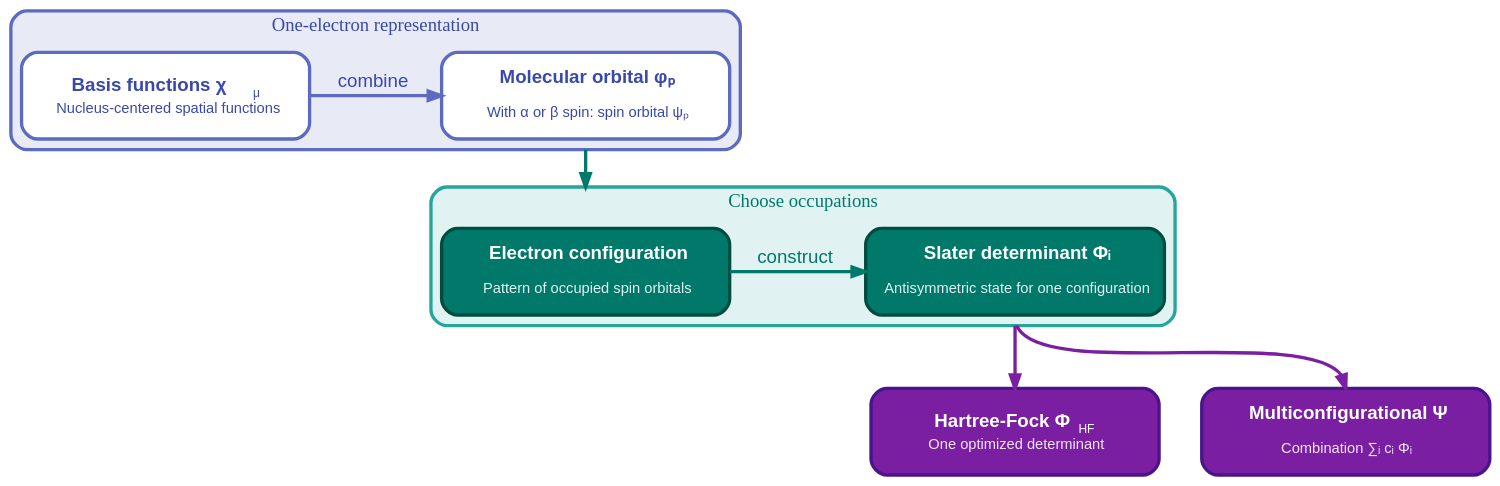
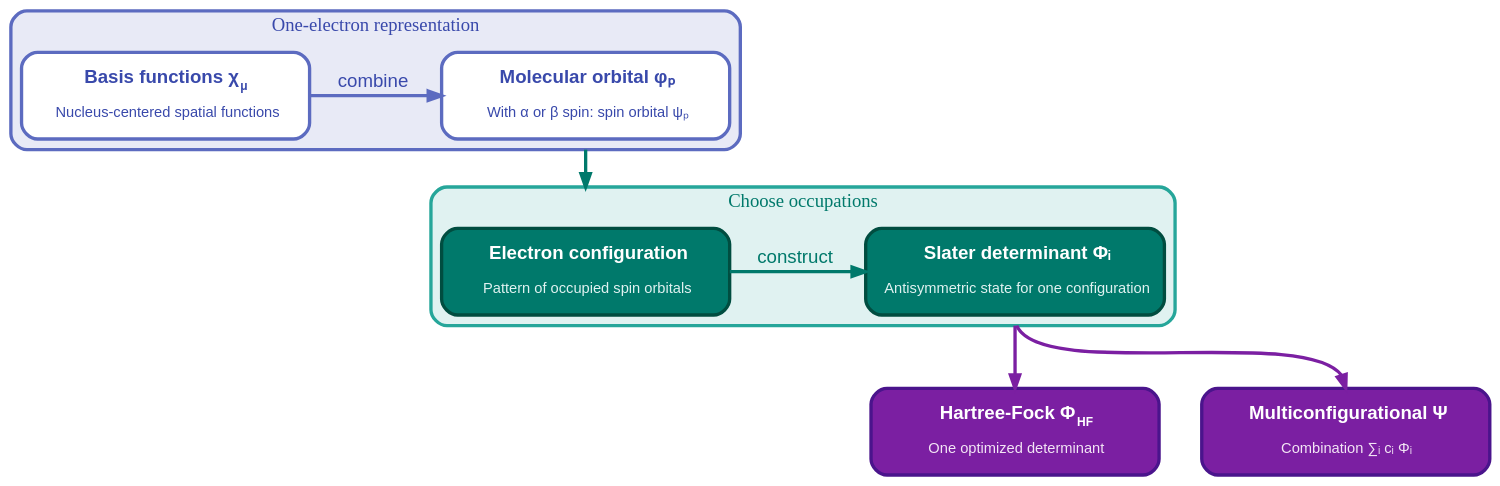
The diagram in docs/source/_static/diagrams/tutorial_qpe_wavefunction_hierarchy.dot (microsoft/qdk-chemistry), drawn with Graphviz before and after one commit. The commit also changed 1 other file, not shown here.

Commit message:
Preserve spaced Graphviz subscripts

```diff
--- a/docs/source/_static/diagrams/tutorial_qpe_wavefunction_hierarchy.dot
+++ b/docs/source/_static/diagrams/tutorial_qpe_wavefunction_hierarchy.dot
@@ -1,59 +1,59 @@
 digraph TutorialQpeWavefunctionHierarchy {
     rankdir=TB;
     ranksep=0.75;
     nodesep=0.45;
     newrank=true;
     compound=true;
     overlap=false;
     splines=spline;
     pad=0.2;
     bgcolor="transparent";
 
     node [shape=box, style="rounded,filled", fontname="Arial", width=3.0, height=0.9, margin="0.20,0.16"];
     edge [penwidth=2.5, arrowsize=1.0];
 
     subgraph cluster_one_electron {
         label="One-electron representation";
         style="filled,rounded";
         fillcolor="#E8EAF6";
         color="#5C6BC0";
         penwidth=2.5;
         fontsize=14;
         fontname="Arial Bold";
         fontcolor="#3949AB";
         rank=same;
 
-        Basis [label=<<TABLE BORDER="0" CELLBORDER="0" CELLSPACING="0" CELLPADDING="0"><TR><TD><B>Basis functions χ</B></TD><TD><FONT POINT-SIZE="9"><BR/>μ</FONT></TD></TR><TR><TD COLSPAN="2"><FONT POINT-SIZE="11">Nucleus-centered spatial functions</FONT></TD></TR></TABLE>>, fillcolor="#FFFFFF", color="#5C6BC0", penwidth=2.5, fontcolor="#3949AB", group=left];
+        Basis [label=<<B>Basis functions χ&#160;<SUB><FONT POINT-SIZE="9">μ</FONT></SUB></B><BR/><BR/><FONT POINT-SIZE="11">Nucleus-centered spatial functions</FONT>>, fillcolor="#FFFFFF", color="#5C6BC0", penwidth=2.5, fontcolor="#3949AB", group=left];
         MolecularOrbital [label=<<B>Molecular orbital φₚ</B><BR/><BR/><FONT POINT-SIZE="11">With α or β spin: spin orbital ψₚ</FONT>>, fillcolor="#FFFFFF", color="#5C6BC0", penwidth=2.5, fontcolor="#3949AB", group=right];
 
         Basis -> MolecularOrbital [label="  combine  ", color="#5C6BC0", fontname="Arial", fontcolor="#3949AB"];
     }
 
     subgraph cluster_configuration {
         label="Choose occupations";
         style="filled,rounded";
         fillcolor="#E0F2F1";
         color="#26A69A";
         penwidth=2.5;
         fontsize=14;
         fontname="Arial Bold";
         fontcolor="#00796B";
         rank=same;
 
         Configuration [label=<<B>Electron configuration</B><BR/><BR/><FONT POINT-SIZE="11" COLOR="#E0F2F1">Pattern of occupied spin orbitals</FONT>>, fillcolor="#00796B", color="#004D40", penwidth=2.5, fontcolor="#FFFFFF", group=right];
         Determinant [label=<<B>Slater determinant Φᵢ</B><BR/><BR/><FONT POINT-SIZE="11" COLOR="#E0F2F1">Antisymmetric state for one configuration</FONT>>, fillcolor="#00796B", color="#004D40", penwidth=2.5, fontcolor="#FFFFFF", group=left];
 
         Configuration -> Determinant [label="  construct  ", color="#00796B", fontname="Arial", fontcolor="#00796B"];
     }
 
     subgraph wavefunctions {
         rank=same;
 
-        HartreeFock [label=<<TABLE BORDER="0" CELLBORDER="0" CELLSPACING="0" CELLPADDING="0"><TR><TD><B>Hartree-Fock Φ</B></TD><TD><FONT POINT-SIZE="9"><BR/>HF</FONT></TD></TR><TR><TD COLSPAN="2"><FONT POINT-SIZE="11" COLOR="#F3E5F5">One optimized determinant</FONT></TD></TR></TABLE>>, fillcolor="#7B1FA2", color="#4A148C", penwidth=2.5, fontcolor="#FFFFFF", group=left];
+        HartreeFock [label=<<B>Hartree-Fock Φ&#160;<SUB><FONT POINT-SIZE="9">HF</FONT></SUB></B><BR/><BR/><FONT POINT-SIZE="11" COLOR="#F3E5F5">One optimized determinant</FONT>>, fillcolor="#7B1FA2", color="#4A148C", penwidth=2.5, fontcolor="#FFFFFF", group=left];
         MultiConfig [label=<<B>Multiconfigurational Ψ</B><BR/><BR/><FONT POINT-SIZE="11" COLOR="#F3E5F5">Combination ∑ᵢ cᵢ Φᵢ</FONT>>, fillcolor="#7B1FA2", color="#4A148C", penwidth=2.5, fontcolor="#FFFFFF", group=right];
     }
 
     MolecularOrbital:s -> Configuration:n [color="#00796B", ltail=cluster_one_electron, lhead=cluster_configuration, weight=10];
     Determinant:s -> HartreeFock:n [color="#7B1FA2", ltail=cluster_configuration, weight=5];
     Determinant:s -> MultiConfig:n [color="#7B1FA2", ltail=cluster_configuration, weight=5];
 }
```
